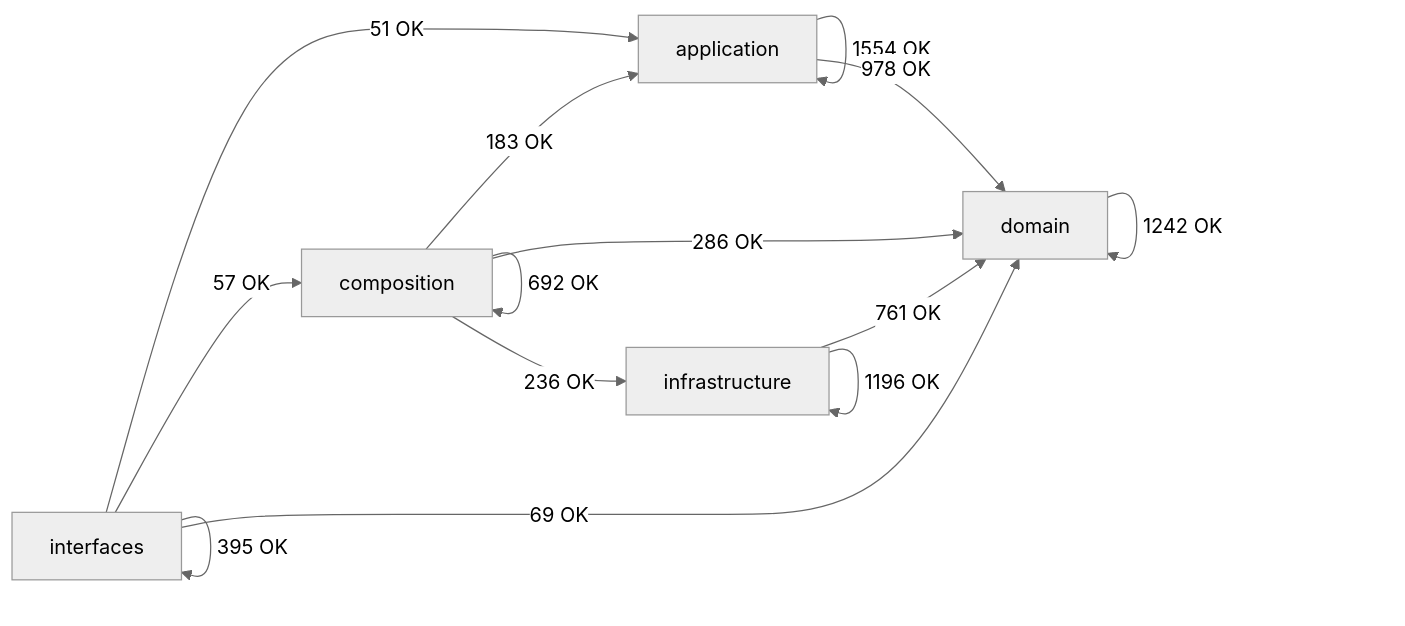
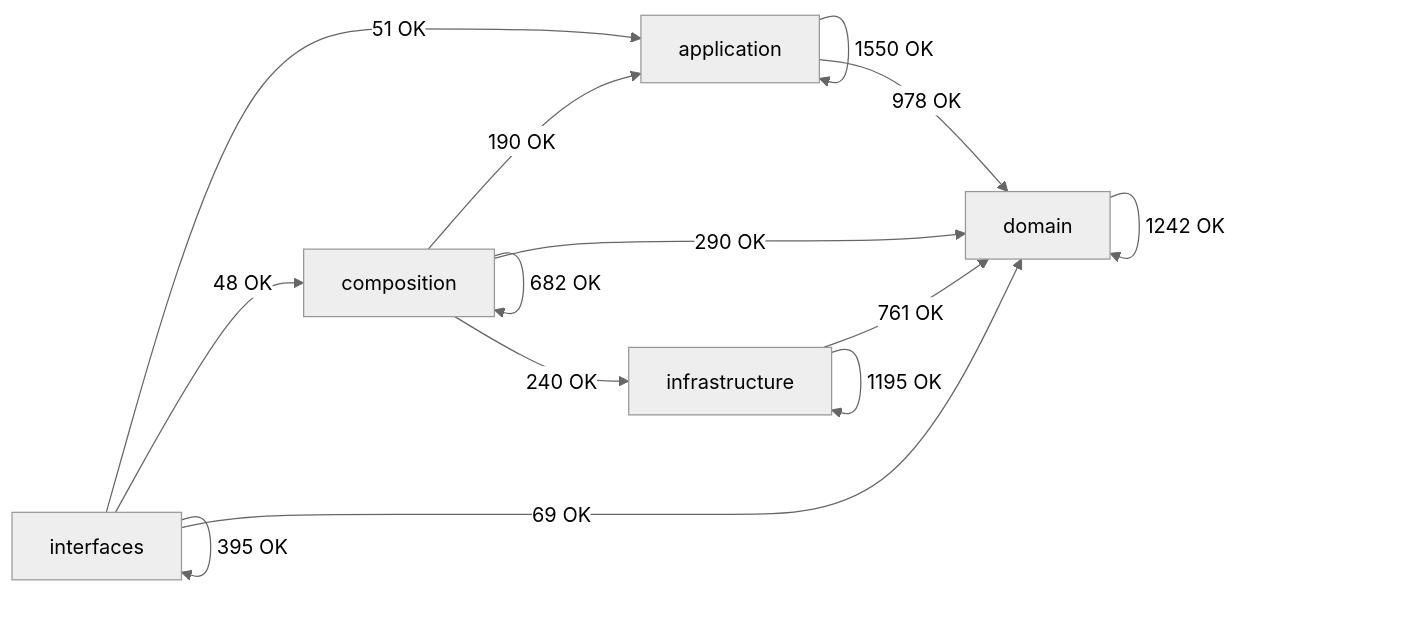
Before and after one commit to SatoryKono/BioactivityDataAcquisition: the diagram in docs/02-architecture/generated/module-dependency-map.md, drawn with Mermaid (neutral theme). The commit also changed other lines of this file and 4 other files, not shown here.

````diff
--- a/docs/02-architecture/generated/module-dependency-map.md
+++ b/docs/02-architecture/generated/module-dependency-map.md
@@ -17,21 +17,21 @@
 ```mermaid
 flowchart LR
     domain[domain]
     application[application]
     infrastructure[infrastructure]
     composition[composition]
     interfaces[interfaces]
-    application -->|1554 OK| application
+    application -->|1550 OK| application
     application -->|978 OK| domain
-    composition -->|183 OK| application
-    composition -->|692 OK| composition
-    composition -->|286 OK| domain
-    composition -->|236 OK| infrastructure
+    composition -->|190 OK| application
+    composition -->|682 OK| composition
+    composition -->|290 OK| domain
+    composition -->|240 OK| infrastructure
     domain -->|1242 OK| domain
     infrastructure -->|761 OK| domain
-    infrastructure -->|1196 OK| infrastructure
+    infrastructure -->|1195 OK| infrastructure
     interfaces -->|51 OK| application
-    interfaces -->|57 OK| composition
+    interfaces -->|48 OK| composition
     interfaces -->|69 OK| domain
     interfaces -->|395 OK| interfaces
 ```
````
